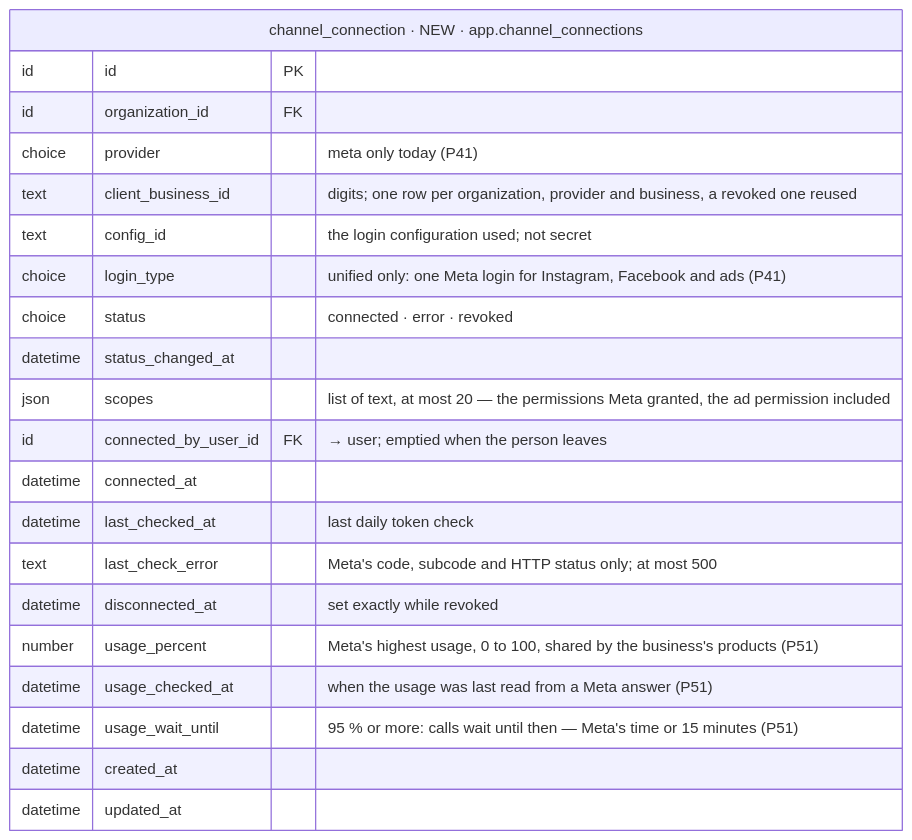
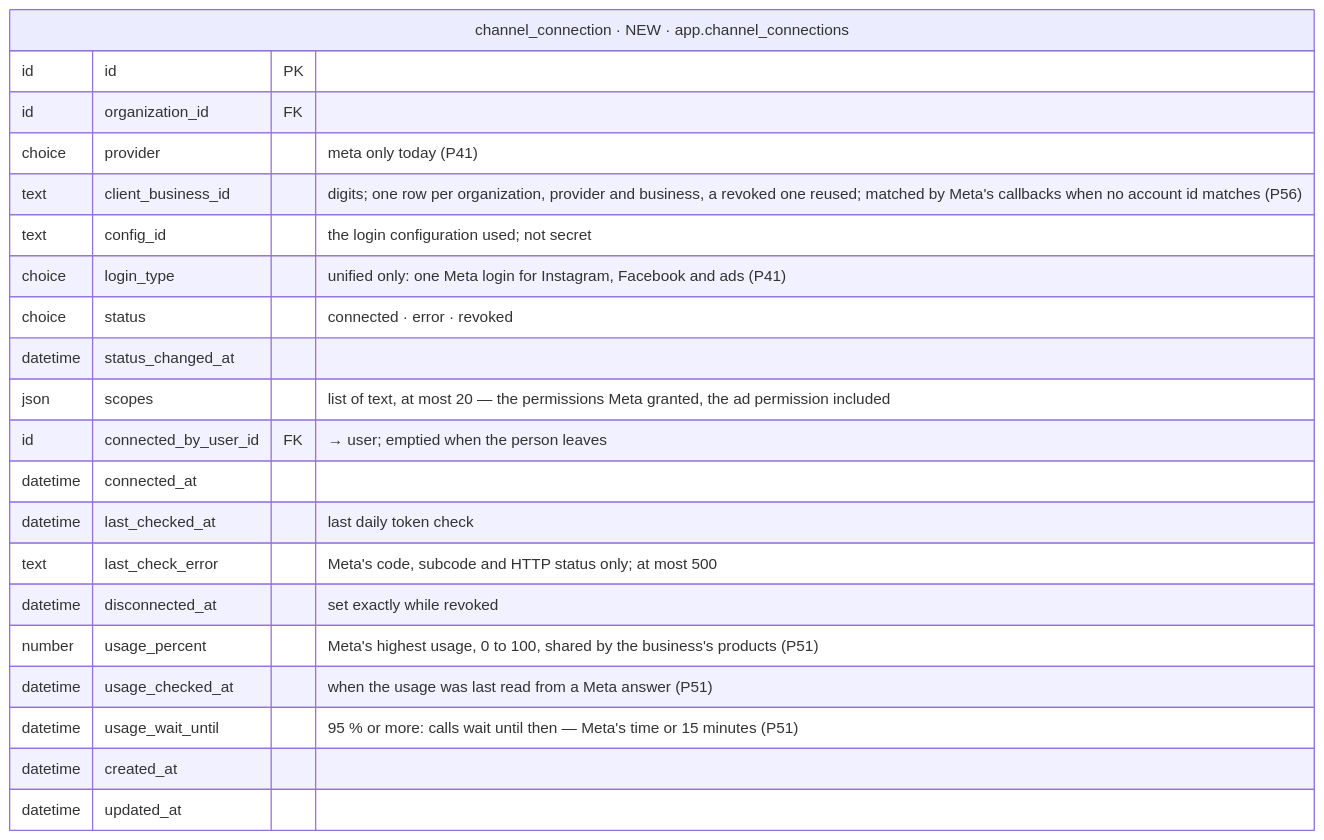
The second of 39 diagrams in iterations/feat-instagram-dm-sending-2026-11-23-oxak/plans/db-changes.md (albetrios/meepzo-be), drawn with Mermaid before and after one commit. The commit also changed other lines of this file and 3 other files, not shown here.

````diff
--- a/iterations/feat-instagram-dm-sending-2026-11-23-oxak/plans/db-changes.md
+++ b/iterations/feat-instagram-dm-sending-2026-11-23-oxak/plans/db-changes.md
@@ -276,24 +300,24 @@
 ```mermaid
 erDiagram
   channel_connection["channel_connection · NEW · app.channel_connections"] {
     id id PK
     id organization_id FK
     choice provider "meta only today (P41)"
-    text client_business_id "digits; one row per organization, provider and business, a revoked one reused"
+    text client_business_id "digits; one row per organization, provider and business, a revoked one reused; matched by Meta's callbacks when no account id matches (P56)"
     text config_id "the login configuration used; not secret"
     choice login_type "unified only: one Meta login for Instagram, Facebook and ads (P41)"
     choice status "connected · error · revoked"
     datetime status_changed_at
     json scopes "list of text, at most 20 — the permissions Meta granted, the ad permission included"
     id connected_by_user_id FK "→ user; emptied when the person leaves"
     datetime connected_at
     datetime last_checked_at "last daily token check"
     text last_check_error "Meta's code, subcode and HTTP status only; at most 500"
     datetime disconnected_at "set exactly while revoked"
     number usage_percent "Meta's highest usage, 0 to 100, shared by the business's products (P51)"
     datetime usage_checked_at "when the usage was last read from a Meta answer (P51)"
     datetime usage_wait_until "95 % or more: calls wait until then — Meta's time or 15 minutes (P51)"
     datetime created_at
     datetime updated_at
   }
 ```
````
